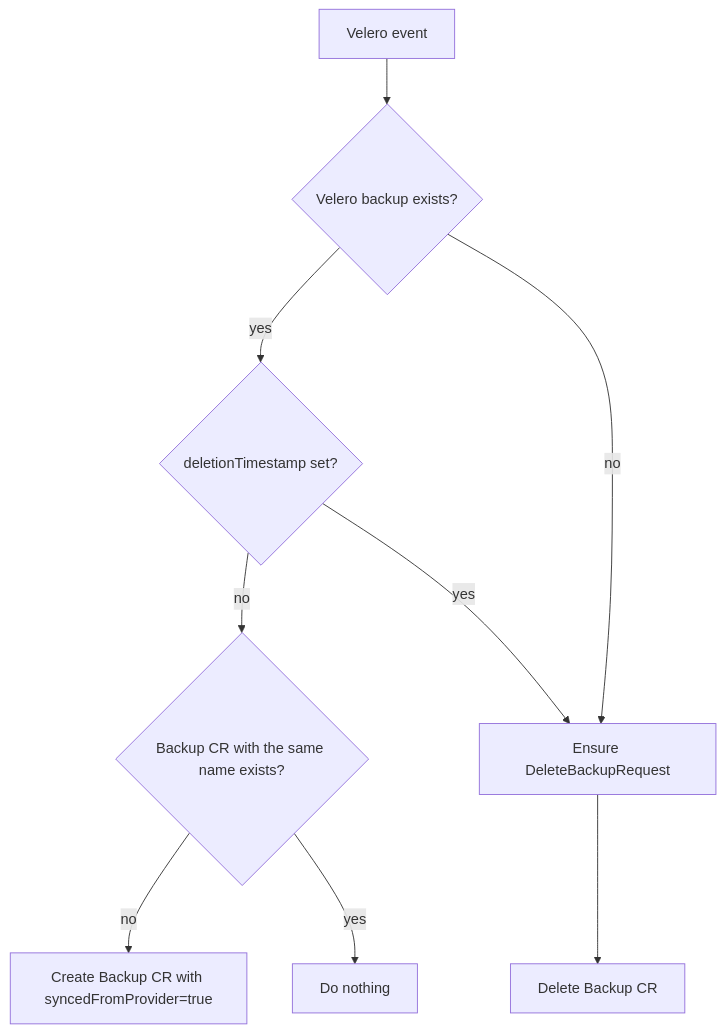
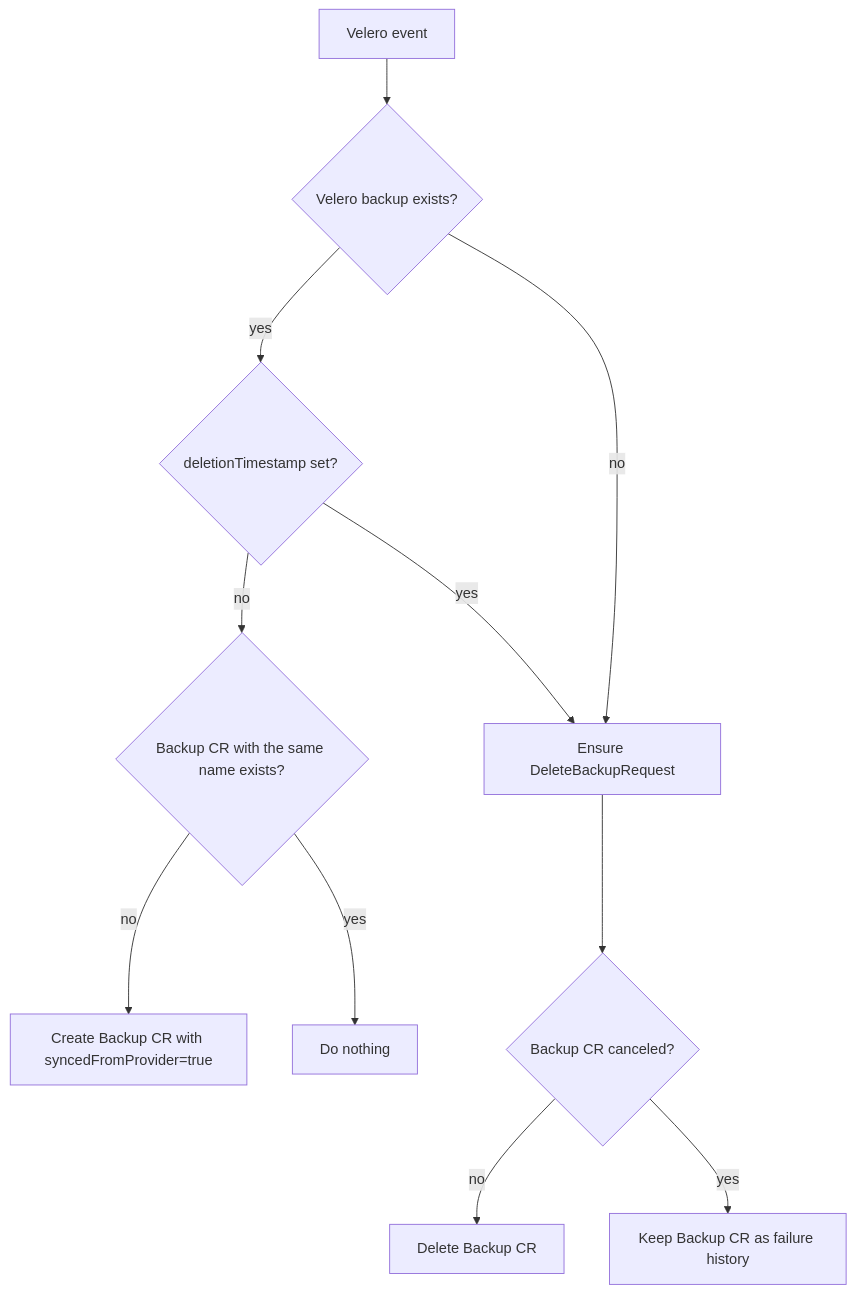
The third of 4 diagrams in docs/development/backup/backup_process_en.md (cloudogu/k8s-backup-operator), drawn with Mermaid before and after one commit. The commit also changed other lines of this file and 4 other files, not shown here.

````diff
--- a/docs/development/backup/backup_process_en.md
+++ b/docs/development/backup/backup_process_en.md
@@ -232,11 +246,13 @@
 ```mermaid
 flowchart TD
     A[Velero event] --> B{Velero backup exists?}
     B -- yes --> C{deletionTimestamp set?}
     C -- no --> D{Backup CR with the same name exists?}
     D -- no --> E[Create Backup CR with syncedFromProvider=true]
     D -- yes --> F[Do nothing]
     C -- yes --> G[Ensure DeleteBackupRequest]
-    G --> H[Delete Backup CR]
+    G --> H{Backup CR canceled?}
+    H -- no --> I[Delete Backup CR]
+    H -- yes --> J[Keep Backup CR as failure history]
     B -- no --> G
 ```
````
